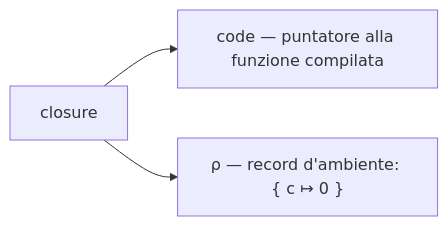
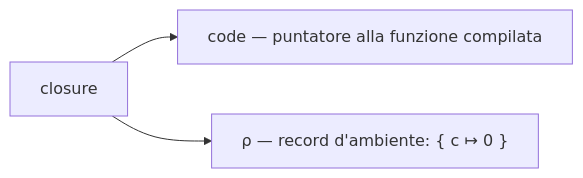
Before and after one commit to matteogiorgi/geonote: the diagram in teoria_chiusure.md, drawn with Mermaid.

````diff
--- a/teoria_chiusure.md
+++ b/teoria_chiusure.md
@@ -91,5 +91,6 @@
 ```mermaid
+%%{init: {"flowchart": {"wrappingWidth": 500}}}%%
 flowchart LR
     cl["closure"] --> code["code — puntatore alla funzione compilata"]
     cl --> env["ρ — record d'ambiente: { c ↦ 0 }"]
 ```
````
